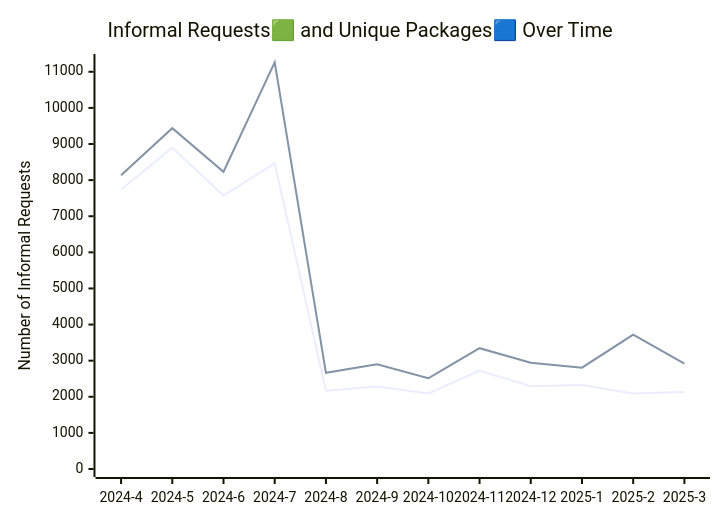
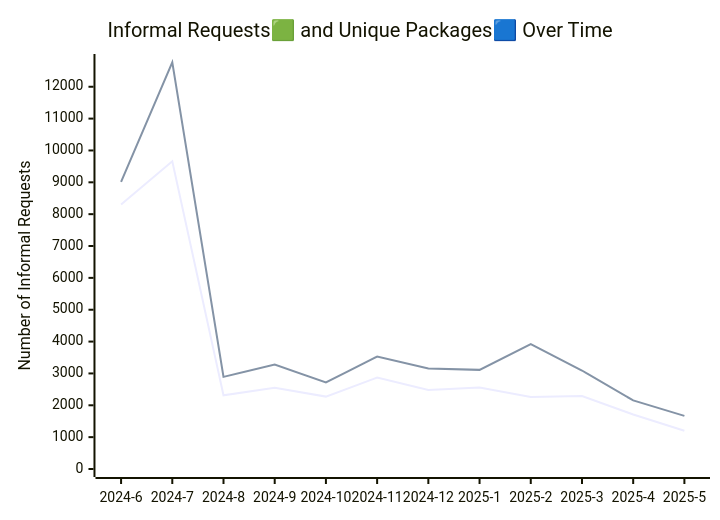
One commit to PatLittle/analytics-corporate-reporting changed the diagram in ATI_INFORMAL_REPORT/readme.md. Above: the diagram before and after it, drawn with Mermaid. The commit also changed other lines of this file and 5 other files, not shown here.

````diff
--- a/ATI_INFORMAL_REPORT/readme.md
+++ b/ATI_INFORMAL_REPORT/readme.md
@@ -4,11 +4,11 @@
 ```mermaid
 
 xychart-beta
     title "Informal Requests🟩 and Unique Packages🟦 Over Time"
-    x-axis [2024-4, 2024-5, 2024-6, 2024-7, 2024-8, 2024-9, 2024-10, 2024-11, 2024-12, 2025-1, 2025-2, 2025-3]
-    y-axis "Unique Packages" 0 --> 8904
-    y-axis "Number of Informal Requests" 0 --> 11271
+    x-axis [2024-6, 2024-7, 2024-8, 2024-9, 2024-10, 2024-11, 2024-12, 2025-1, 2025-2, 2025-3, 2025-4, 2025-5]
+    y-axis "Unique Packages" 0 --> 10096
+    y-axis "Number of Informal Requests" 0 --> 12777
 
-    line [7741, 8894, 7574, 8466, 2170, 2286, 2093, 2723, 2293, 2323, 2088, 2134]
-    line [8134, 9438, 8231, 11261, 2665, 2900, 2513, 3346, 2941, 2807, 3720, 2920]
+    line [8306, 9660, 2315, 2553, 2273, 2871, 2479, 2555, 2263, 2292, 1711, 1202]
+    line [9011, 12767, 2892, 3279, 2715, 3531, 3152, 3112, 3920, 3092, 2153, 1667]
 ```
````
